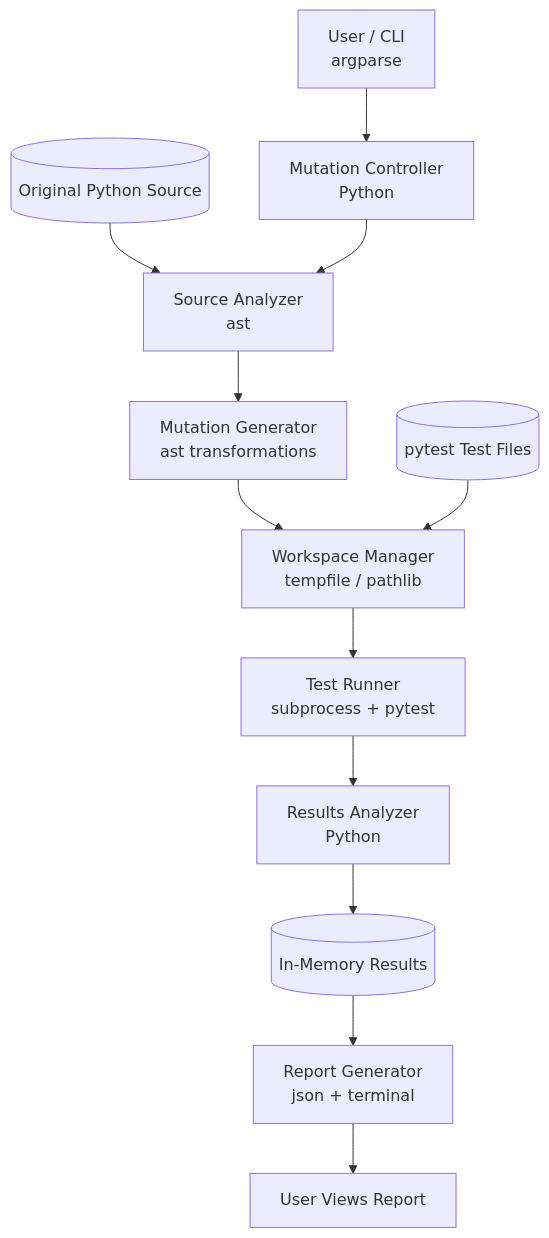
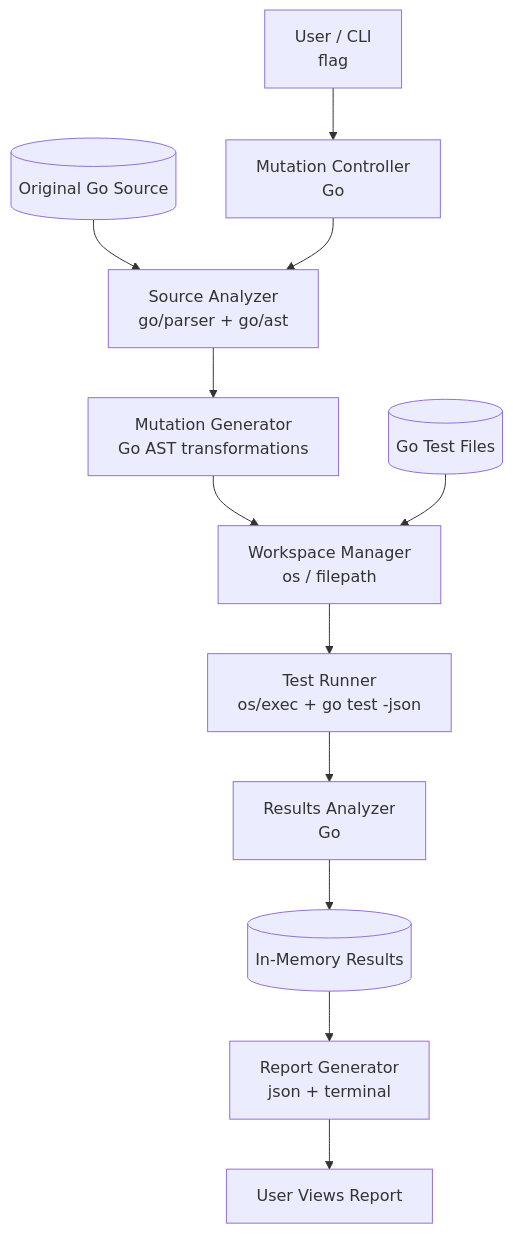
One commit to AidenBeus/CS-452-Project changed the second of 2 diagrams in mutation_testing_project_proposal.md. Above: the diagram before and after it, drawn with Mermaid. The commit also changed other lines of this file and 19 other files, not shown here.

````diff
--- a/mutation_testing_project_proposal.md
+++ b/mutation_testing_project_proposal.md
@@ -132,14 +134,14 @@
 ```mermaid
 flowchart TD
-    CLI["User / CLI<br/>argparse"] --> ORCH["Mutation Controller<br/>Python"]
-    SRC[("Original Python Source")] --> PARSE["Source Analyzer<br/>ast"]
+    CLI["User / CLI<br/>flag"] --> ORCH["Mutation Controller<br/>Go"]
+    SRC[("Original Go Source")] --> PARSE["Source Analyzer<br/>go/parser + go/ast"]
     ORCH --> PARSE
-    PARSE --> MUT["Mutation Generator<br/>ast transformations"]
-    MUT --> WORK["Workspace Manager<br/>tempfile / pathlib"]
-    TESTS[("pytest Test Files")] --> WORK
-    WORK --> RUN["Test Runner<br/>subprocess + pytest"]
-    RUN --> ANALYZE["Results Analyzer<br/>Python"]
+    PARSE --> MUT["Mutation Generator<br/>Go AST transformations"]
+    MUT --> WORK["Workspace Manager<br/>os / filepath"]
+    TESTS[("Go Test Files")] --> WORK
+    WORK --> RUN["Test Runner<br/>os/exec + go test -json"]
+    RUN --> ANALYZE["Results Analyzer<br/>Go"]
     ANALYZE --> RESULTS[("In-Memory Results")]
     RESULTS --> REPORT["Report Generator<br/>json + terminal"]
     REPORT --> USER["User Views Report"]
 ```
````
